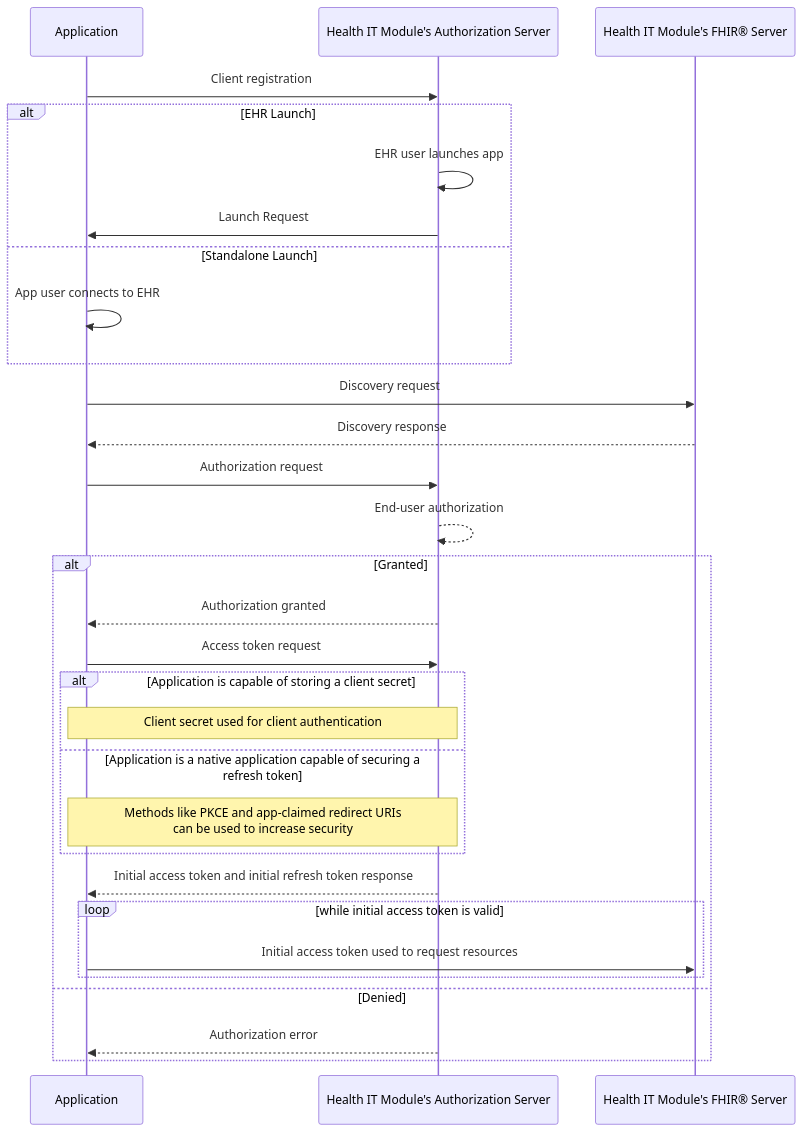
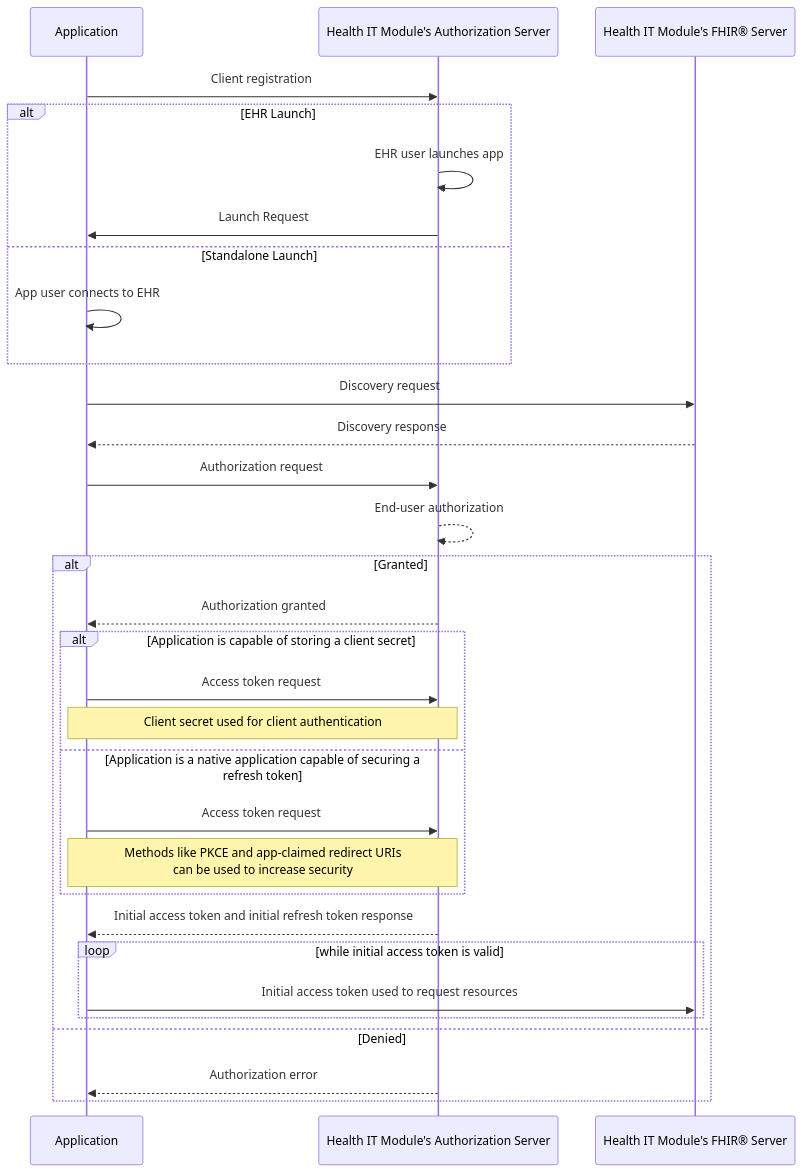
The first of 5 diagrams in docs/g10-criterion.md (onc-healthit/api-resource-guide), drawn with Mermaid before and after one commit. The commit also changed other lines of this file, not shown here.

````diff
--- a/docs/g10-criterion.md
+++ b/docs/g10-criterion.md
@@ -298,33 +298,34 @@
 	``` mermaid
 	sequenceDiagram
 		participant app as Application
 		participant authz as Health IT Module's Authorization Server
 		participant fhir as Health IT Module's FHIR® Server
 
 		app ->> authz: Client registration
 		alt EHR Launch
 			authz ->> authz: EHR user launches app
 			authz ->> app: Launch Request
 		else Standalone Launch
 			app ->> app: App user connects to EHR
 		end
 		app ->> fhir: Discovery request
 		fhir -->> app: Discovery response
 		app ->> authz: Authorization request
 		authz -->> authz: End-user authorization
 		alt Granted
 			authz -->> app: Authorization granted
+            alt Application is capable of storing a client secret
 			app ->> authz: Access token request
-            alt Application is capable of storing a client secret
 			note over app,authz: Client secret used for client authentication
             else Application is a native application capable of securing a refresh token
+			app ->> authz: Access token request
             note over app,authz: Methods like PKCE and app-claimed redirect URIs <br/> can be used to increase security
             end
 			authz -->> app: Initial access token and initial refresh token response
 			loop while initial access token is valid
 				app ->> fhir: Initial access token used to request resources
 			end
 		else Denied
 			authz -->> app: Authorization error
 		end
 	```
````
